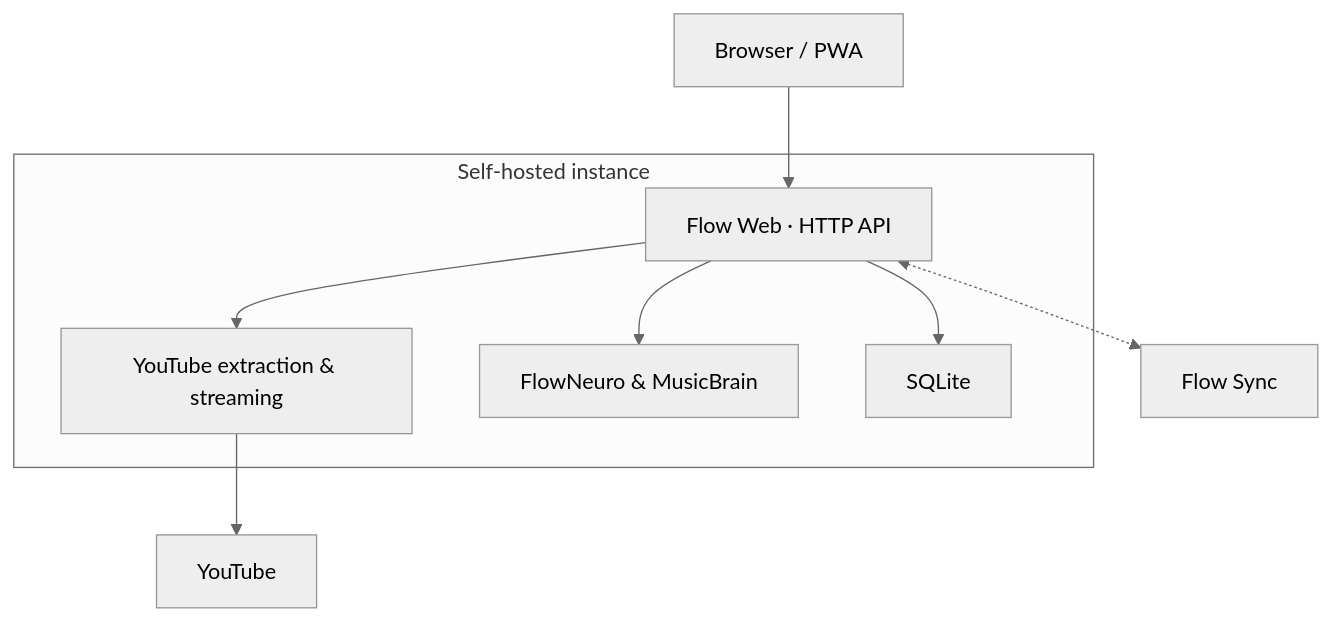
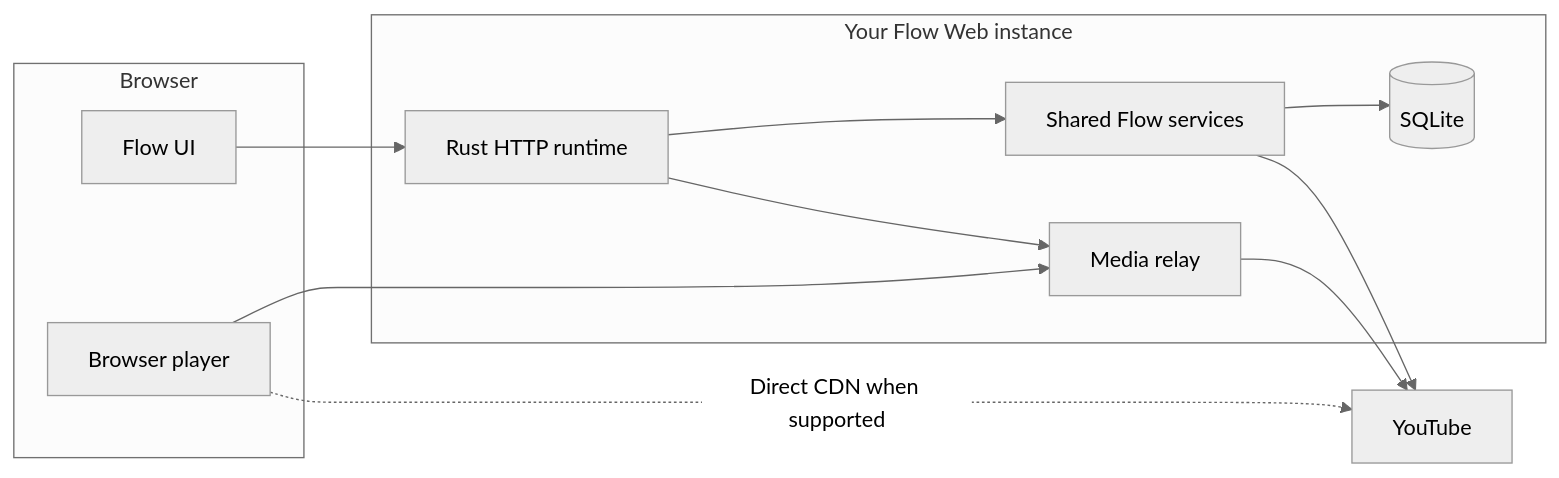
Before and after one commit to Advancefeescam/Flow-Web: the diagram in README.md, drawn with Mermaid (neutral theme). The commit also changed other lines of this file, not shown here.

Commit message:
docs: present Flow Web experimental preview and self-hosting guide

````diff
--- a/README.md
+++ b/README.md
@@ -66,11 +92,21 @@
 ```mermaid
-flowchart TD
-    A["Browser / PWA"] --> B["Flow Web · HTTP API"]
-    subgraph Instance["Self-hosted instance"]
-        B --> C["YouTube extraction & streaming"]
-        B --> D["FlowNeuro & MusicBrain"]
-        B --> E["SQLite"]
+flowchart LR
+    subgraph Client["Browser"]
+        UI["Flow UI"]
+        Player["Browser player"]
     end
-    C --> F["YouTube"]
-    B <-.-> G["Flow Sync"]
+    subgraph Server["Your Flow Web instance"]
+        API["Rust HTTP runtime"]
+        Core["Shared Flow services"]
+        DB[("SQLite")]
+        Proxy["Media relay"]
+        API --> Core
+        Core --> DB
+        API --> Proxy
+    end
+    UI --> API
+    Player --> Proxy
+    Core --> Y["YouTube"]
+    Proxy --> Y
+    Player -. "Direct CDN when supported" .-> Y
 ```
````
